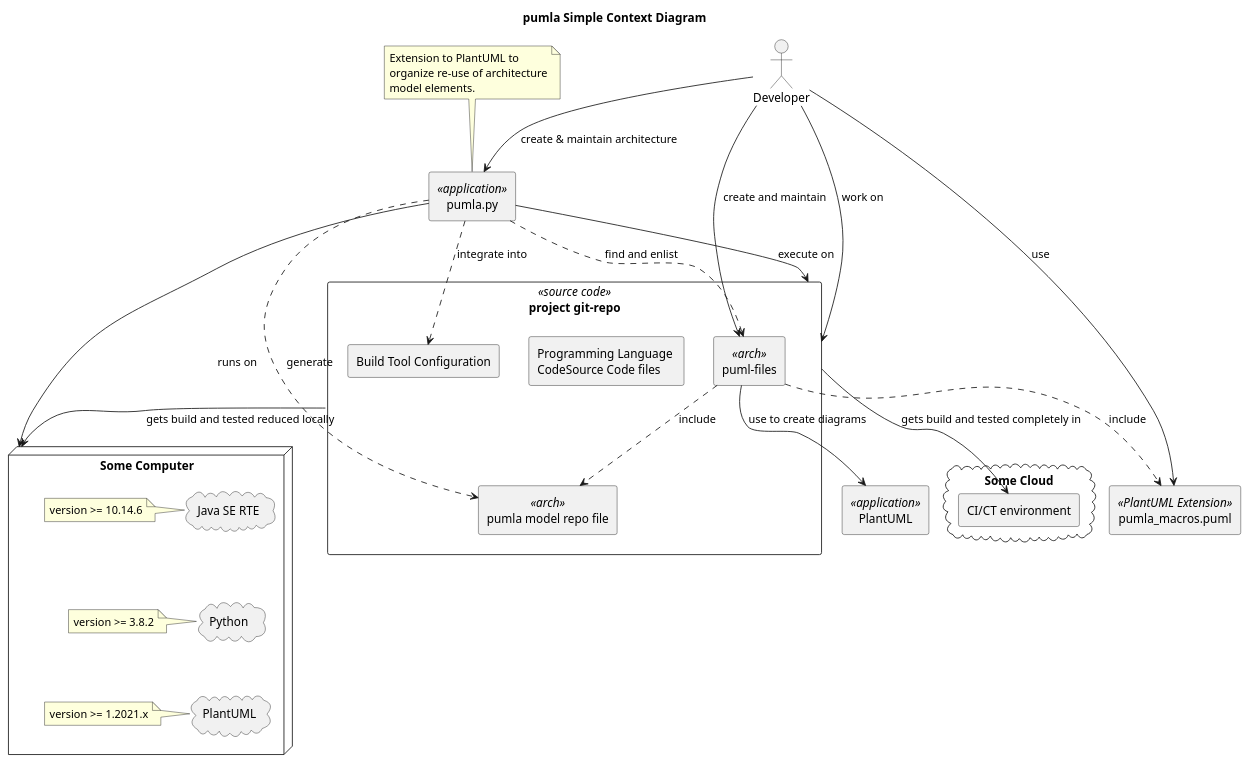
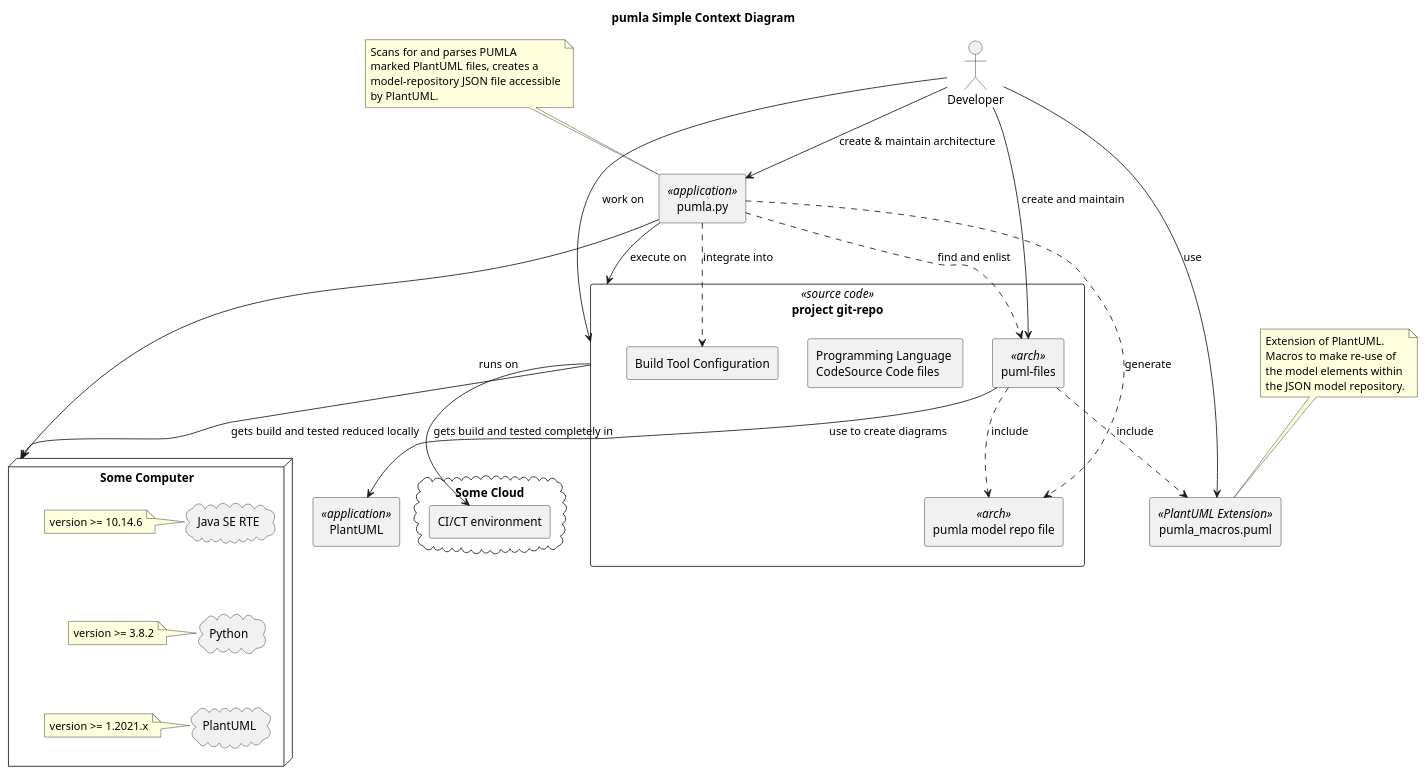
Before and after one commit to DrMarkusVoss/pumla: the diagram in arch/01_context/pumla_context.puml, drawn with PlantUML.

Commit message:
small update of arch/context diagram.

```diff
--- a/arch/01_context/pumla_context.puml
+++ b/arch/01_context/pumla_context.puml
@@ -1,78 +1,86 @@
 @startuml
 
 skinparam componentStyle uml2
 
 title pumla Simple Context Diagram
 
 
 :Developer: as dev
 
 
 rectangle "pumla.py" <<application>> as pumla {
 }
 
 rectangle "pumla_macros.puml" <<PlantUML Extension>> as pmac {
 }
 
 rectangle "PlantUML" <<application>> as plantuml {
 }
 
+note top of pmac
+    Extension of PlantUML.
+    Macros to make re-use of
+    the model elements within
+    the JSON model repository.
+end note
+
 rectangle "project git-repo" <<source code>> as pgr {
 rectangle "puml-files" <<arch>>  as pumlf {
 }
 rectangle "pumla model repo file" <<arch>> as pumlamr {
 }
 
 rectangle "Programming Language \nCodeSource Code files" {
 }
 rectangle "Build Tool Configuration" as btc {
 }
 }
 
 note top of pumla
-    Extension to PlantUML to
-    organize re-use of architecture
-    model elements.
+    Scans for and parses PUMLA
+    marked PlantUML files, creates a
+    model-repository JSON file accessible
+    by PlantUML.
 end note
 
 
 node "Some Computer" as sco {
 cloud "Java SE RTE" as Java {
 }
  note left of Java : version >= 10.14.6
 
 cloud Python {
  }
  note left of Python: version >= 3.8.2
 
 cloud PlantUML as puml {
 
  }
  note left of puml: version >= 1.2021.x
 
 }
 
 cloud "Some Cloud" as cloud {
  rectangle "CI/CT environment" as cict {
  }
 }
 
 Java -[hidden]-> Python
 Python -[hidden]-> puml
 
 pumla -down-> sco: runs on
 
 dev-->pumla: create & maintain architecture
 dev-->pgr: work on
 pumla --> pgr: execute on
 pumla ..> btc: integrate into
 pumla ..> pumlamr: generate
 pumla ..> pumlf: find and enlist
 pumlf ..> pumlamr: include
 pumlf ..> pmac : include
 dev --> pmac : use
 dev --> pumlf : create and maintain
 pgr --> cict : gets build and tested completely in
 pgr --> sco : gets build and tested reduced locally
 pumlf --> plantuml: use to create diagrams
 @enduml
```
